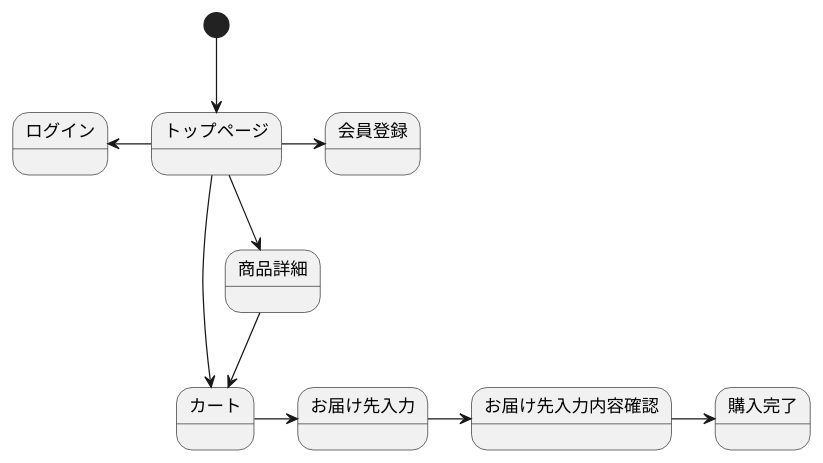
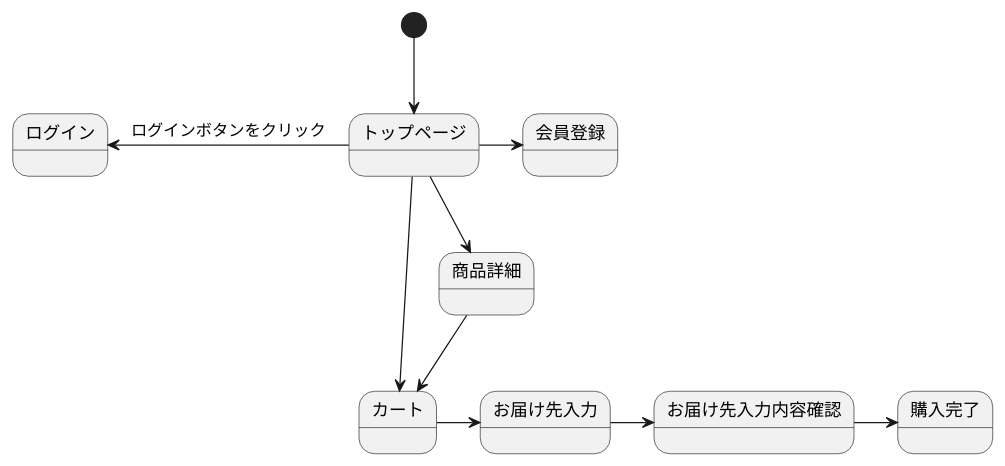
Before and after one commit to Aso2001133/2021sys-design: the diagram in sumple_01.md, drawn with PlantUML.

````diff
--- a/sumple_01.md
+++ b/sumple_01.md
@@ -1,13 +1,13 @@
 ```uml
 @startuml
 [*] --> トップページ
 トップページ -> 会員登録
-トップページ -left-> ログイン
+トップページ -left-> ログイン : ログインボタンをクリック
 トップページ --> カート
 トップページ --> 商品詳細
 商品詳細 --> カート
 カート -> お届け先入力
 お届け先入力 -> お届け先入力内容確認
 お届け先入力内容確認 -> 購入完了
 @enduml
 ```
````
